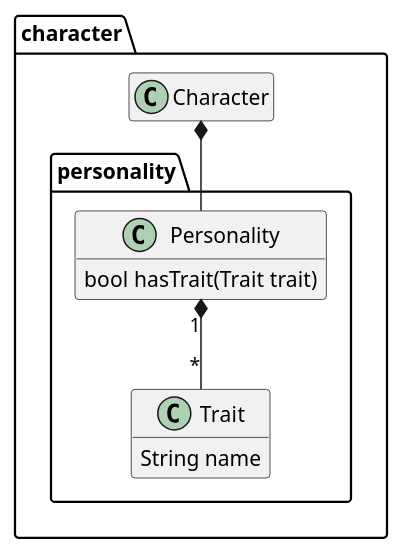
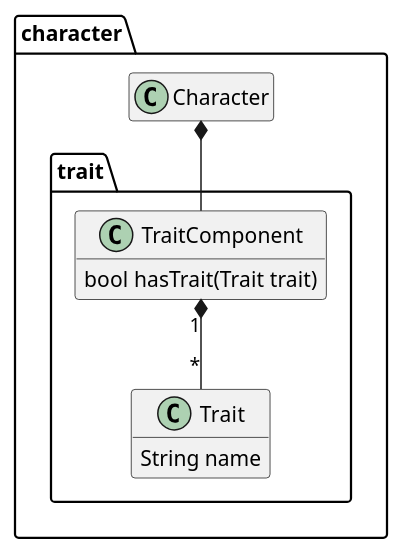
The diagram in doc/design/personality.puml (Orchaldir/SocialSimulation), drawn with PlantUML before and after one commit.

Commit message:
[#13] Improve personality.puml

```diff
--- a/doc/design/personality.puml
+++ b/doc/design/personality.puml
@@ -1,27 +1,27 @@
 @startuml
 
 hide empty members
 
 package character {
 
-package personality {
+package trait {
 
 class Trait {
   String name
 }
 
-class Personality {
+class TraitComponent {
   bool hasTrait(Trait trait)
 }
 
 }
 
 
 class Character
 
 }
 
-Personality "1" *-- "*"  Trait
-Character *--  Personality
+TraitComponent "1" *-- "*"  Trait
+Character *--  TraitComponent
 
 @enduml
```
